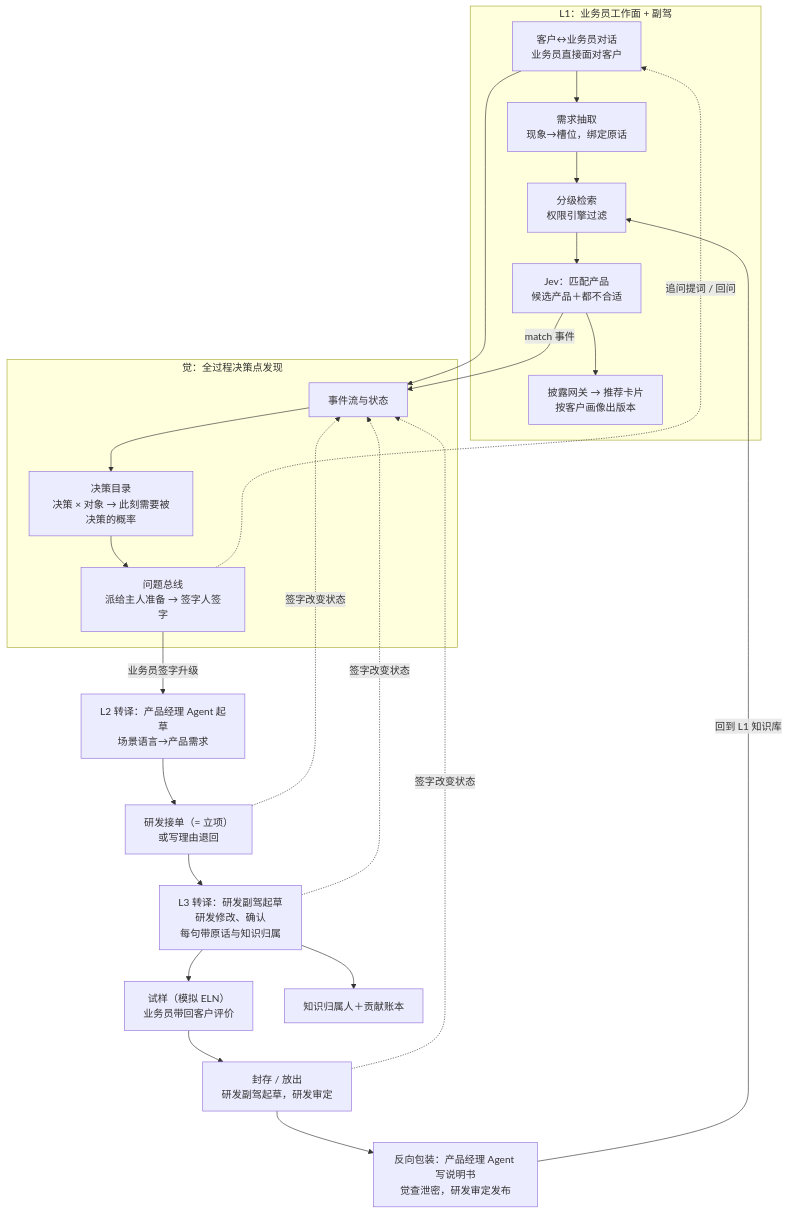
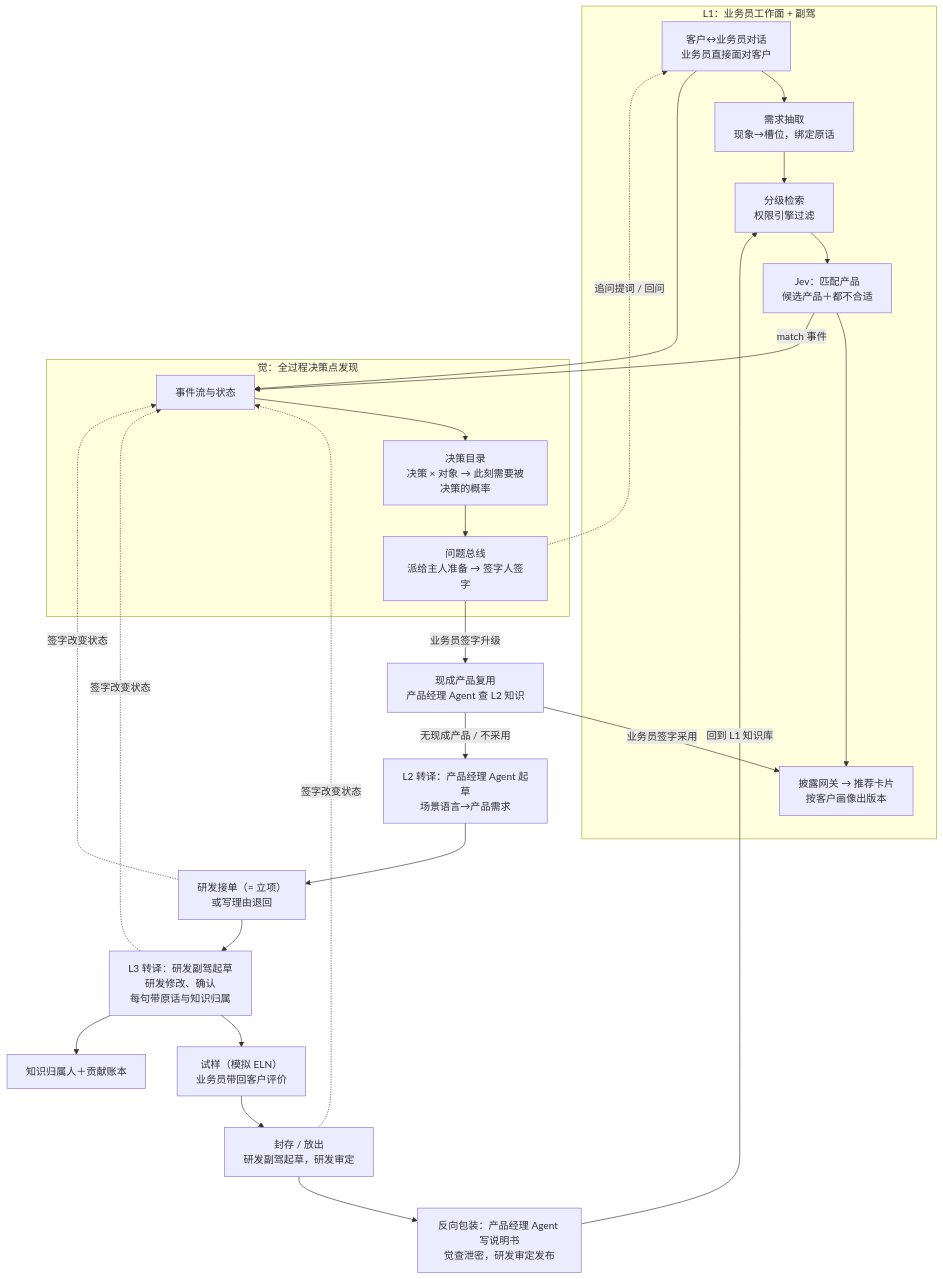
The diagram in docs/ARCHITECTURE.md (Deliaru/Hua-Yan), drawn with Mermaid before and after one commit. The commit also changed other lines of this file and 7 other files, not shown here.

First line of the commit message:
docs+contracts(v5.1): 现成产品复用 reuse_product（D17）与机会汇聚进主线（D18）

````diff
--- a/docs/ARCHITECTURE.md
+++ b/docs/ARCHITECTURE.md
@@ -24,27 +24,29 @@
 ```mermaid
 flowchart TB
   subgraph L1["L1：业务员工作面 + 副驾"]
     A["客户↔业务员对话<br/>业务员直接面对客户"] --> B["需求抽取<br/>现象→槽位，绑定原话"]
     B --> C["分级检索<br/>权限引擎过滤"]
     C --> D["Jev：匹配产品<br/>候选产品＋都不合适"]
     D --> E["披露网关 → 推荐卡片<br/>按客户画像出版本"]
   end
   subgraph JUE["觉：全过程决策点发现"]
     R1["事件流与状态"] --> R2["决策目录<br/>决策 × 对象 → 此刻需要被决策的概率"]
     R2 --> BUS["问题总线<br/>派给主人准备 → 签字人签字"]
   end
   A --> R1
   D -- match 事件 --> R1
   BUS -. 追问提词 / 回问 .-> A
-  BUS -- 业务员签字升级 --> PM["L2 转译：产品经理 Agent 起草<br/>场景语言→产品需求"]
+  BUS -- 业务员签字升级 --> REUSE["现成产品复用<br/>产品经理 Agent 查 L2 知识"]
+  REUSE -- 业务员签字采用 --> E
+  REUSE -- 无现成产品 / 不采用 --> PM["L2 转译：产品经理 Agent 起草<br/>场景语言→产品需求"]
   PM --> ACC["研发接单（= 立项）<br/>或写理由退回"]
   ACC --> REQ["L3 转译：研发副驾起草<br/>研发修改、确认<br/>每句带原话与知识归属"]
   REQ --> RD["试样（模拟 ELN）<br/>业务员带回客户评价"]
   RD --> SEAL["封存 / 放出<br/>研发副驾起草，研发审定"]
   SEAL --> PKG["反向包装：产品经理 Agent 写说明书<br/>觉查泄密，研发审定发布"]
   PKG -- 回到 L1 知识库 --> C
   REQ --> OWN["知识归属人＋贡献账本"]
   ACC -. 签字改变状态 .-> R1
   REQ -. 签字改变状态 .-> R1
   SEAL -. 签字改变状态 .-> R1
 ```
````
